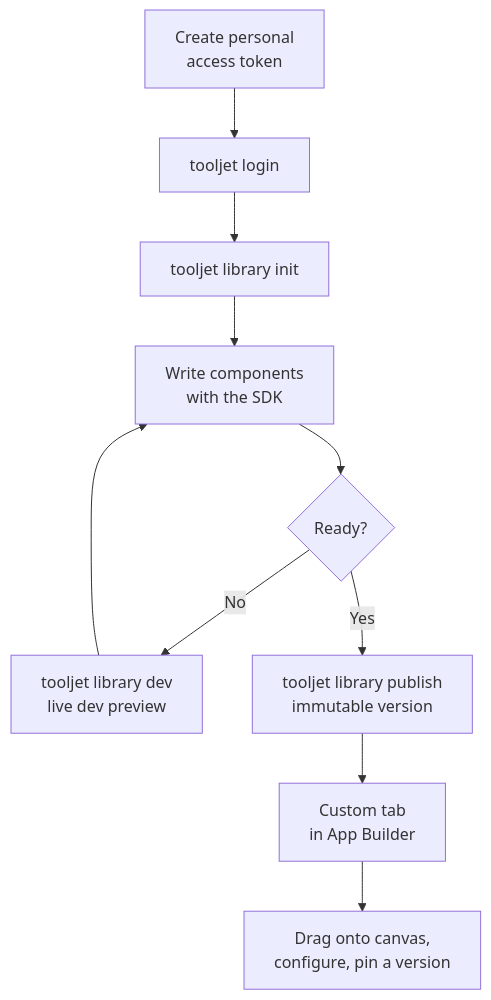
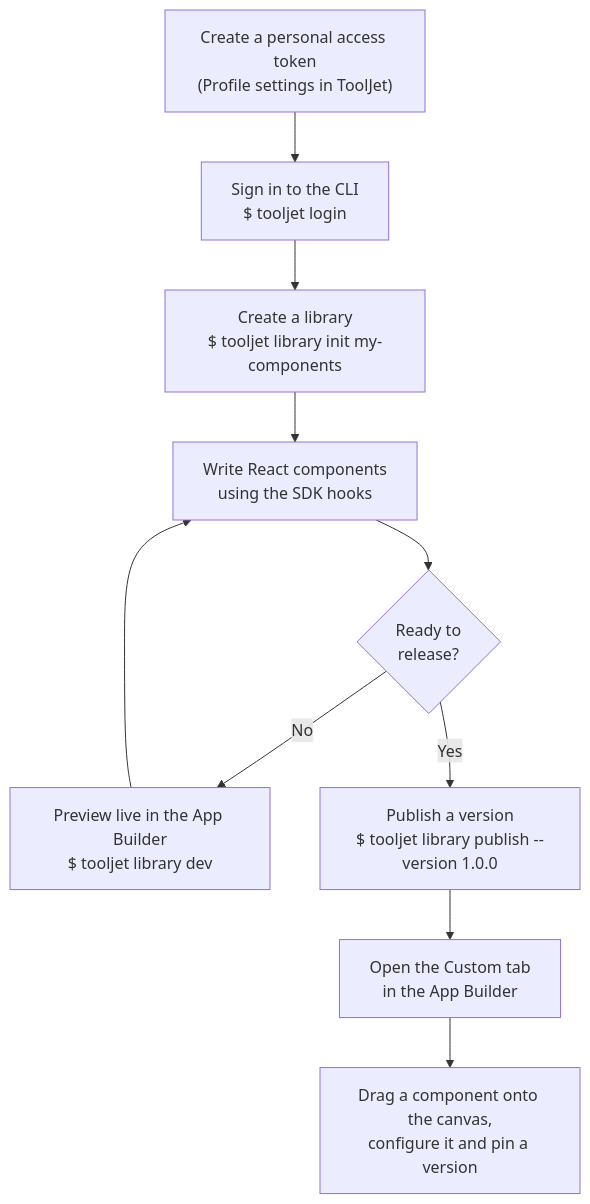
Before and after one commit to ToolJet/ToolJet: the diagram in docs/versioned_docs/version-3.16.0-LTS/app-builder/custom-component-library/overview.md, drawn with Mermaid. The commit also changed other lines of this file and 6 other files, not shown here.

````diff
--- a/docs/versioned_docs/version-3.16.0-LTS/app-builder/custom-component-library/overview.md
+++ b/docs/versioned_docs/version-3.16.0-LTS/app-builder/custom-component-library/overview.md
@@ -34,12 +38,12 @@
 ```mermaid
 flowchart TD
-  A[Create personal<br/>access token] --> B[tooljet login]
-  B --> C[tooljet library init]
-  C --> D[Write components<br/>with the SDK]
-  D --> E{Ready?}
-  E -->|No| F[tooljet library dev<br/>live dev preview]
+  A["Create a personal access token<br/>(Profile settings in ToolJet)"] --> B["Sign in to the CLI<br/>$ tooljet login"]
+  B --> C["Create a library<br/>$ tooljet library init my-components"]
+  C --> D["Write React components<br/>using the SDK hooks"]
+  D --> E{"Ready to<br/>release?"}
+  E -->|No| F["Preview live in the App Builder<br/>$ tooljet library dev"]
   F --> D
-  E -->|Yes| G[tooljet library publish<br/>immutable version]
-  G --> H[Custom tab<br/>in App Builder]
-  H --> I[Drag onto canvas,<br/>configure, pin a version]
+  E -->|Yes| G["Publish a version<br/>$ tooljet library publish --version 1.0.0"]
+  G --> H["Open the Custom tab<br/>in the App Builder"]
+  H --> I["Drag a component onto the canvas,<br/>configure it and pin a version"]
 ```
````
